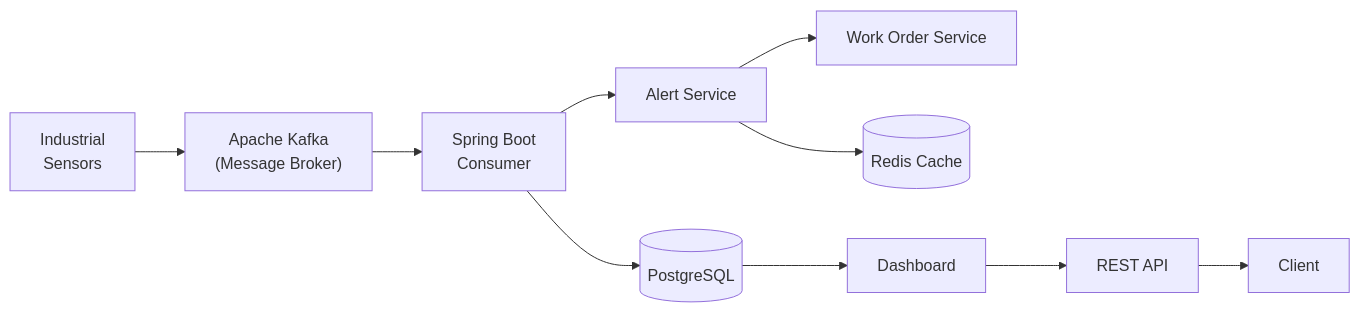
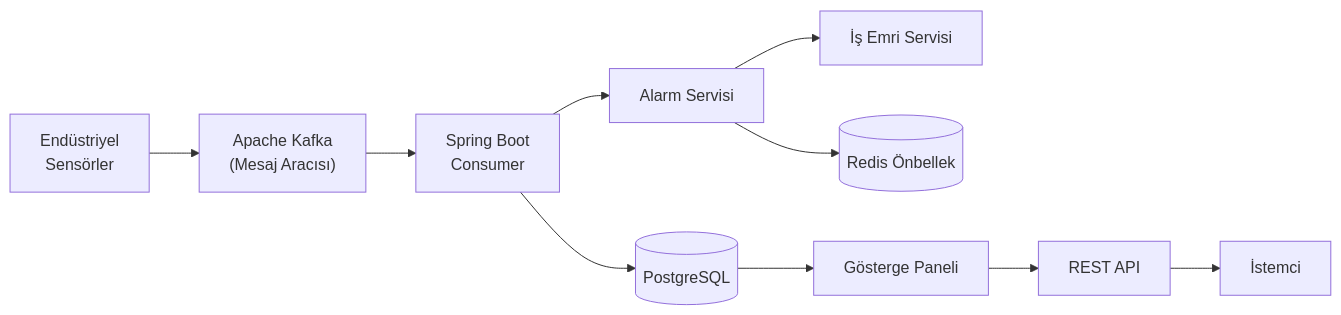
Before and after one commit to BedirAvsar/faultStream: the first of 2 diagrams in README.md, drawn with Mermaid. The commit also changed other lines of this file, not shown here.

````diff
--- a/README.md
+++ b/README.md
@@ -77,12 +77,12 @@
 ```mermaid
 flowchart LR
-    Sensors["Industrial\nSensors"] --> Kafka["Apache Kafka\n(Message Broker)"]
+    Sensors["Endüstriyel\nSensörler"] --> Kafka["Apache Kafka\n(Mesaj Aracısı)"]
     Kafka --> Consumer["Spring Boot\nConsumer"]
     Consumer --> DB[(PostgreSQL)]
-    Consumer --> AlertService["Alert Service"]
-    AlertService --> WorkOrderService["Work Order Service"]
-    AlertService --> Redis[(Redis Cache)]
-    DB --> Dashboard["Dashboard"]
+    Consumer --> AlertService["Alarm Servisi"]
+    AlertService --> WorkOrderService["İş Emri Servisi"]
+    AlertService --> Redis[(Redis Önbellek)]
+    DB --> Dashboard["Gösterge Paneli"]
     Dashboard --> API["REST API"]
-    API --> Client["Client"]
+    API --> Client["İstemci"]
 ```
````
